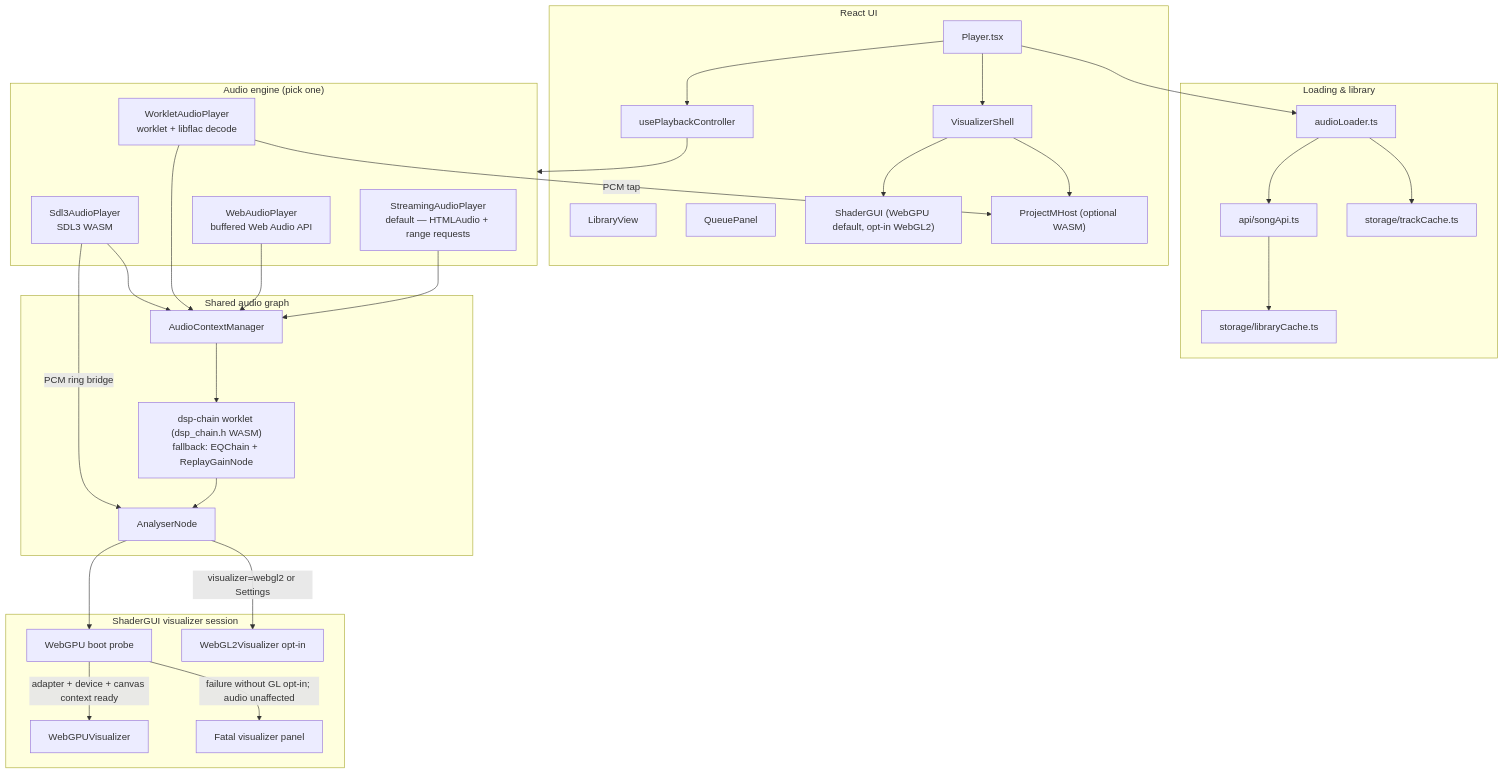
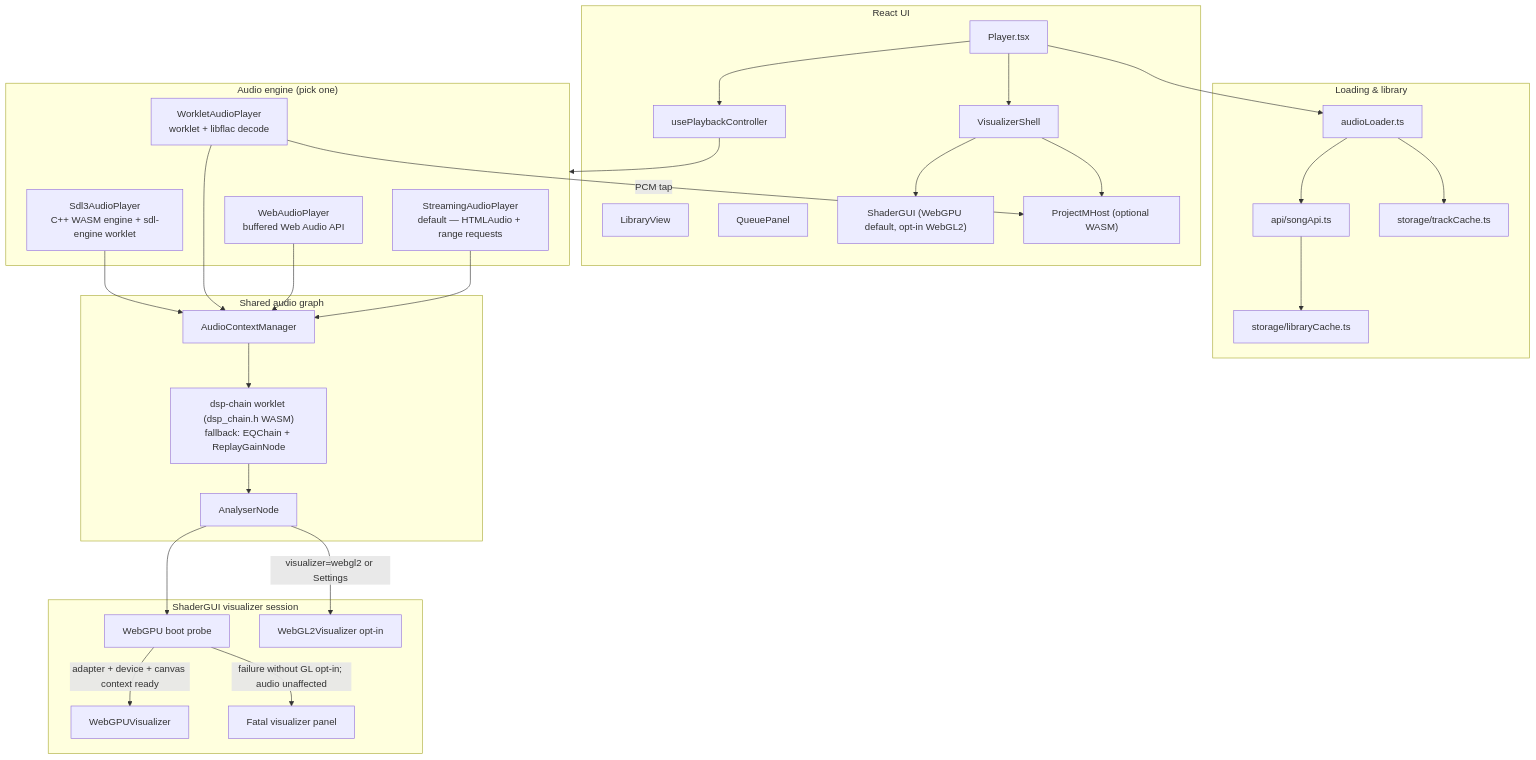
Before and after one commit to ford442/flac_player: the diagram in docs/ARCHITECTURE.md, drawn with Mermaid. The commit also changed other lines of this file and 67 other files, not shown here.

````diff
--- a/docs/ARCHITECTURE.md
+++ b/docs/ARCHITECTURE.md
@@ -9,61 +9,60 @@
 ```mermaid
 flowchart TB
   subgraph UI["React UI"]
     Player["Player.tsx"]
     Controller["usePlaybackController"]
     Library["LibraryView"]
     Queue["QueuePanel"]
     Shell["VisualizerShell"]
     ShaderGUI["ShaderGUI (WebGPU default, opt-in WebGL2)"]
     ProjectM["ProjectMHost (optional WASM)"]
   end
 
   subgraph Audio["Audio engine (pick one)"]
     Streaming["StreamingAudioPlayer<br/>default — HTMLAudio + range requests"]
     WebAudio["WebAudioPlayer<br/>buffered Web Audio API"]
     Worklet["WorkletAudioPlayer<br/>worklet + libflac decode"]
-    SDL3["Sdl3AudioPlayer<br/>SDL3 WASM"]
+    SDL3["Sdl3AudioPlayer<br/>C++ WASM engine + sdl-engine worklet"]
   end
 
   subgraph Load["Loading & library"]
     Loader["audioLoader.ts"]
     SongApi["api/songApi.ts"]
     TrackCache["storage/trackCache.ts"]
     LibCache["storage/libraryCache.ts"]
   end
 
   subgraph FX["Shared audio graph"]
     ACM["AudioContextManager"]
     EQ["dsp-chain worklet (dsp_chain.h WASM)<br/>fallback: EQChain + ReplayGainNode"]
     Analyser["AnalyserNode"]
   end
 
   subgraph Viz["ShaderGUI visualizer session"]
     Probe["WebGPU boot probe"]
     WebGPU["WebGPUVisualizer"]
     WebGL2["WebGL2Visualizer opt-in"]
     Fatal["Fatal visualizer panel"]
   end
 
   Player --> Controller
   Controller --> Audio
   Player --> Shell
   Shell --> ShaderGUI
   Shell --> ProjectM
   Player --> Loader
   Loader --> SongApi
   Loader --> TrackCache
   SongApi --> LibCache
 
   Streaming --> ACM
   WebAudio --> ACM
   Worklet --> ACM
   SDL3 --> ACM
   ACM --> EQ --> Analyser
   Analyser --> Probe
   Probe -->|adapter + device + canvas context ready| WebGPU
   Probe -->|failure without GL opt-in; audio unaffected| Fatal
   Analyser -->|visualizer=webgl2 or Settings| WebGL2
   Worklet -->|PCM tap| ProjectM
-  SDL3 -->|PCM ring bridge| Analyser
 ```
````
